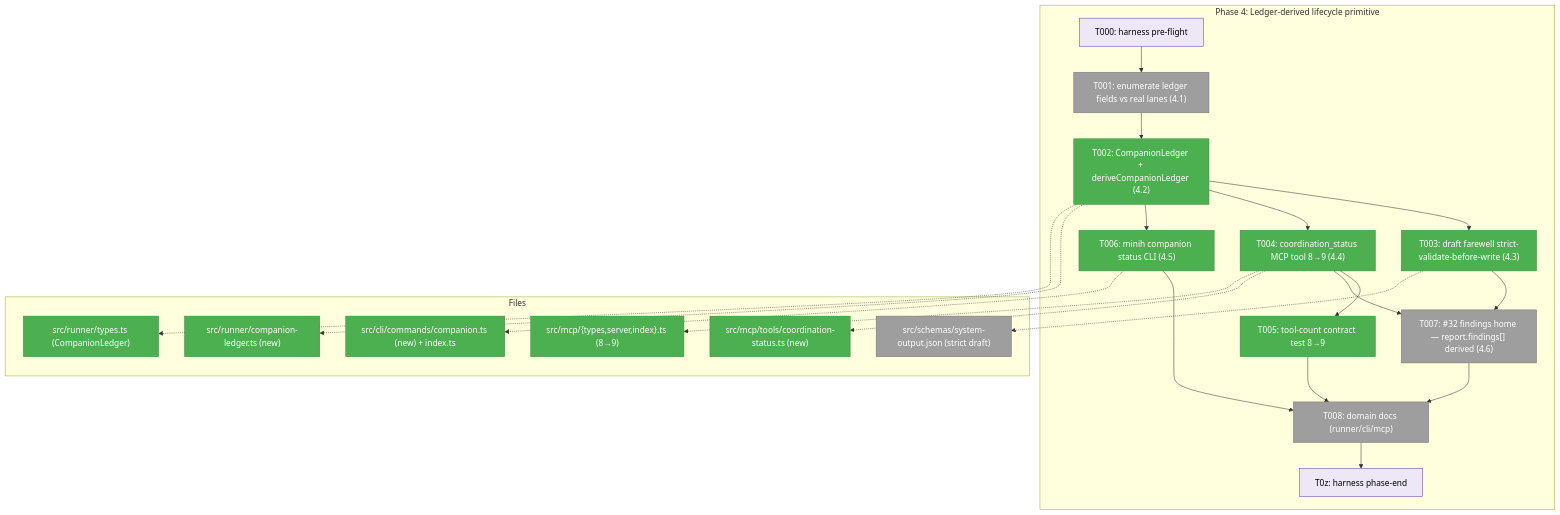
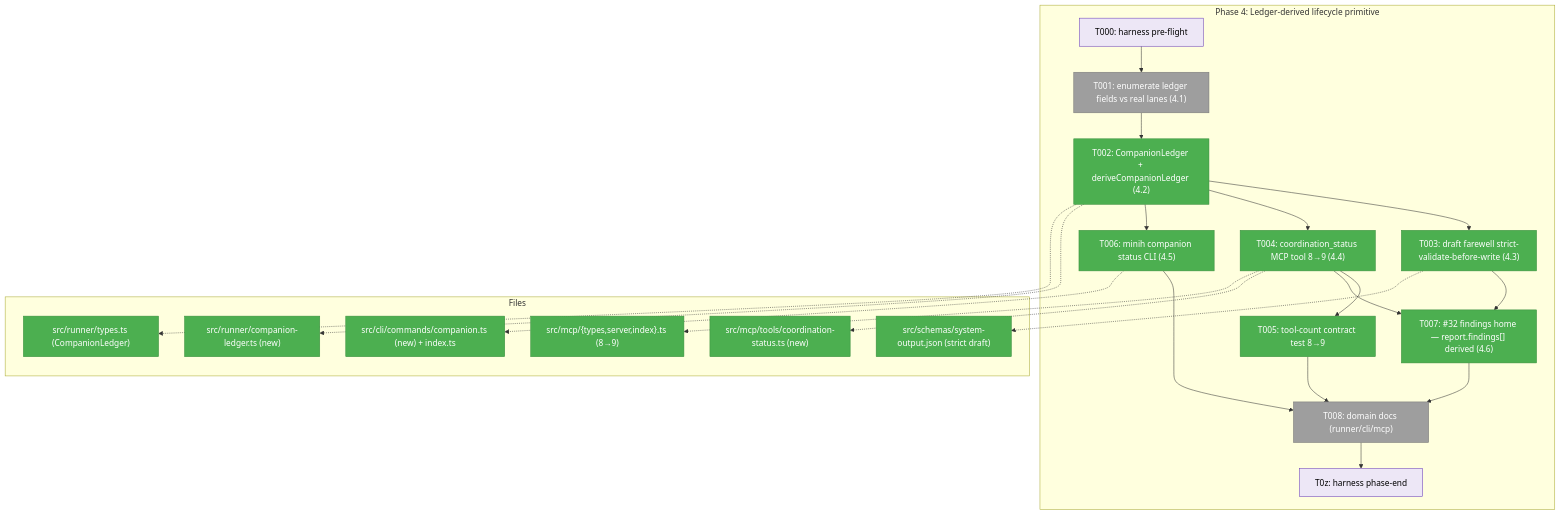
One commit to AI-Substrate/minih changed the first of 3 diagrams in docs/plans/027-companion-coordination/tasks/phase-4-ledger-derived-lifecycle-primitive/tasks.md. Above: the diagram before and after it, drawn with Mermaid. The commit also changed other lines of this file and 6 other files, not shown here.

First line of the commit message:
feat(runner): #32 findings home — report.findings[] derived, one schema home (T007, AC-10 structural)

````diff
--- a/docs/plans/027-companion-coordination/tasks/phase-4-ledger-derived-lifecycle-primitive/tasks.md
+++ b/docs/plans/027-companion-coordination/tasks/phase-4-ledger-derived-lifecycle-primitive/tasks.md
@@ -100,44 +100,44 @@
 ```mermaid
 flowchart TD
     classDef pending fill:#9E9E9E,stroke:#757575,color:#fff
     classDef completed fill:#4CAF50,stroke:#388E3C,color:#fff
     classDef seam fill:#EDE7F6,stroke:#673AB7,color:#000
 
     subgraph Phase["Phase 4: Ledger-derived lifecycle primitive"]
         T000["T000: harness pre-flight"]:::seam
         T001["T001: enumerate ledger fields vs real lanes (4.1)"]:::pending
         T002["T002: CompanionLedger + deriveCompanionLedger (4.2)"]:::completed
         T003["T003: draft farewell strict-validate-before-write (4.3)"]:::completed
         T004["T004: coordination_status MCP tool 8→9 (4.4)"]:::completed
         T005["T005: tool-count contract test 8→9"]:::completed
         T006["T006: minih companion status CLI (4.5)"]:::completed
-        T007["T007: #32 findings home — report.findings[] derived (4.6)"]:::pending
+        T007["T007: #32 findings home — report.findings[] derived (4.6)"]:::completed
         T008["T008: domain docs (runner/cli/mcp)"]:::pending
         T0z["T0z: harness phase-end"]:::seam
 
         T000 --> T001 --> T002 --> T003
         T002 --> T004 --> T005
         T002 --> T006
         T003 --> T007
         T004 --> T007
         T005 --> T008
         T006 --> T008
         T007 --> T008 --> T0z
     end
 
     subgraph Files["Files"]
         F1["src/runner/companion-ledger.ts (new)"]:::completed
         F2["src/runner/types.ts (CompanionLedger)"]:::completed
         F3["src/mcp/tools/coordination-status.ts (new)"]:::completed
         F4["src/mcp/{types,server,index}.ts (8→9)"]:::completed
         F5["src/cli/commands/companion.ts (new) + index.ts"]:::completed
-        F6["src/schemas/system-output.json (strict draft)"]:::pending
+        F6["src/schemas/system-output.json (strict draft)"]:::completed
     end
 
     T002 -.-> F1
     T002 -.-> F2
     T003 -.-> F6
     T004 -.-> F3
     T004 -.-> F4
     T006 -.-> F5
 ```
````
